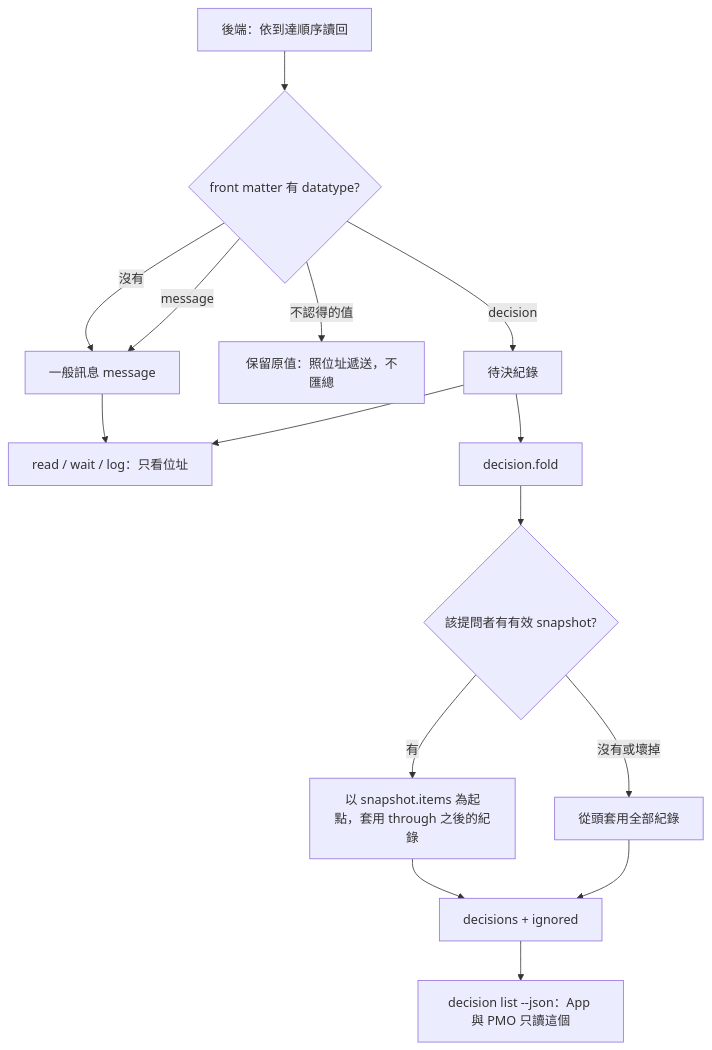
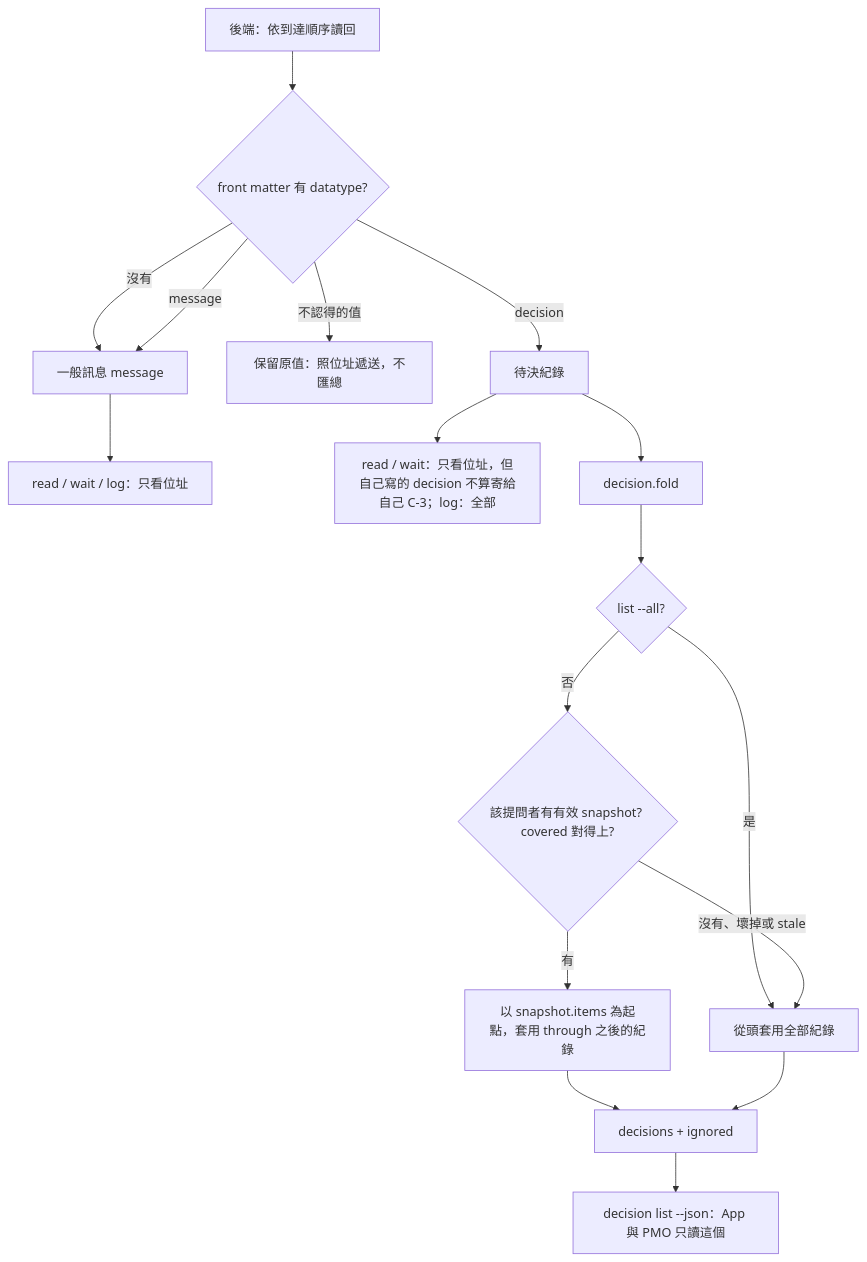
The first of 3 diagrams in openspec/changes/angareion-pending-decision/design.md (FATESAIKOU/MyAiStorage), drawn with Mermaid before and after one commit. The commit also changed other lines of this file, not shown here.

Commit message:
design: #468 fix round 1 (snapshot tombstones and prefix projection, dedupe, submit chunking, R-A1 gates PR-4, EnumerableBackend, App draft comparison)

````diff
--- a/openspec/changes/angareion-pending-decision/design.md
+++ b/openspec/changes/angareion-pending-decision/design.md
@@ -489,17 +556,19 @@
 ```mermaid
 flowchart TD
   A[後端：依到達順序讀回] --> B{front matter 有 datatype?}
   B -- 沒有 --> M[一般訊息 message]
   B -- message --> M
   B -- 不認得的值 --> U[保留原值：照位址遞送，不匯總]
   B -- decision --> D[待決紀錄]
   M --> R[read / wait / log：只看位址]
-  D --> R
+  D --> R2[read / wait：只看位址，但自己寫的 decision 不算寄給自己 C-3；log：全部]
   D --> F[decision.fold]
-  F --> S{該提問者有有效 snapshot?}
+  F --> A2{list --all?}
+  A2 -- 是 --> S2
+  A2 -- 否 --> S{該提問者有有效 snapshot? covered 對得上?}
   S -- 有 --> S1[以 snapshot.items 為起點，套用 through 之後的紀錄]
-  S -- 沒有或壞掉 --> S2[從頭套用全部紀錄]
+  S -- 沒有、壞掉或 stale --> S2[從頭套用全部紀錄]
   S1 --> O[decisions + ignored]
   S2 --> O
   O --> L[decision list --json：App 與 PMO 只讀這個]
 ```
````
